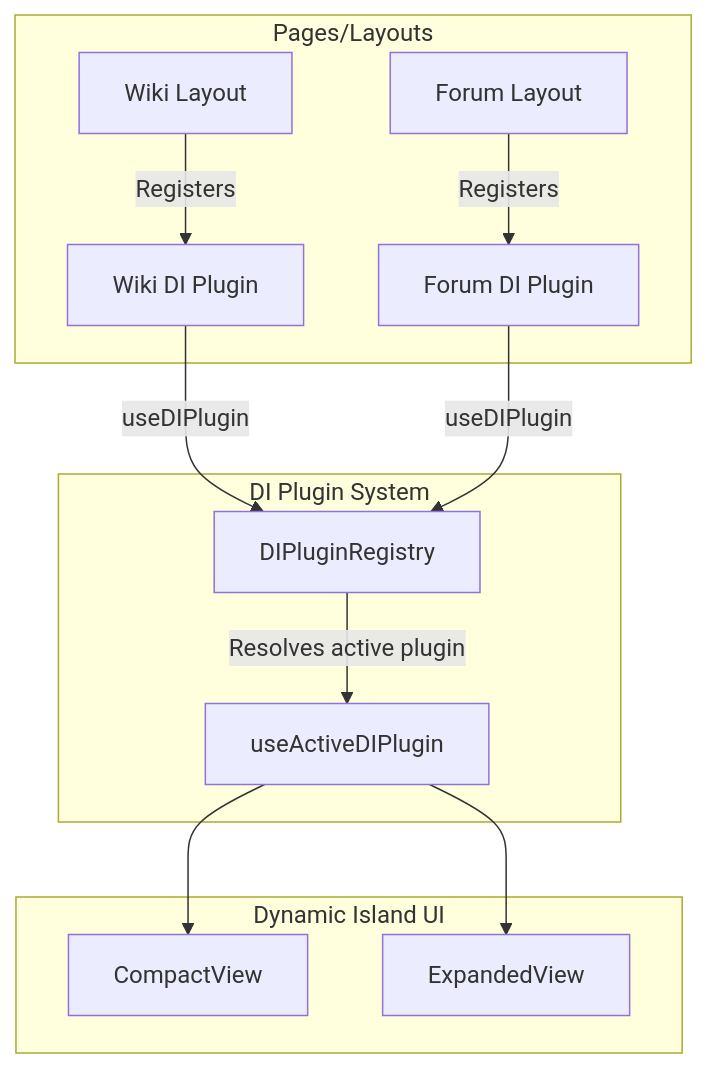
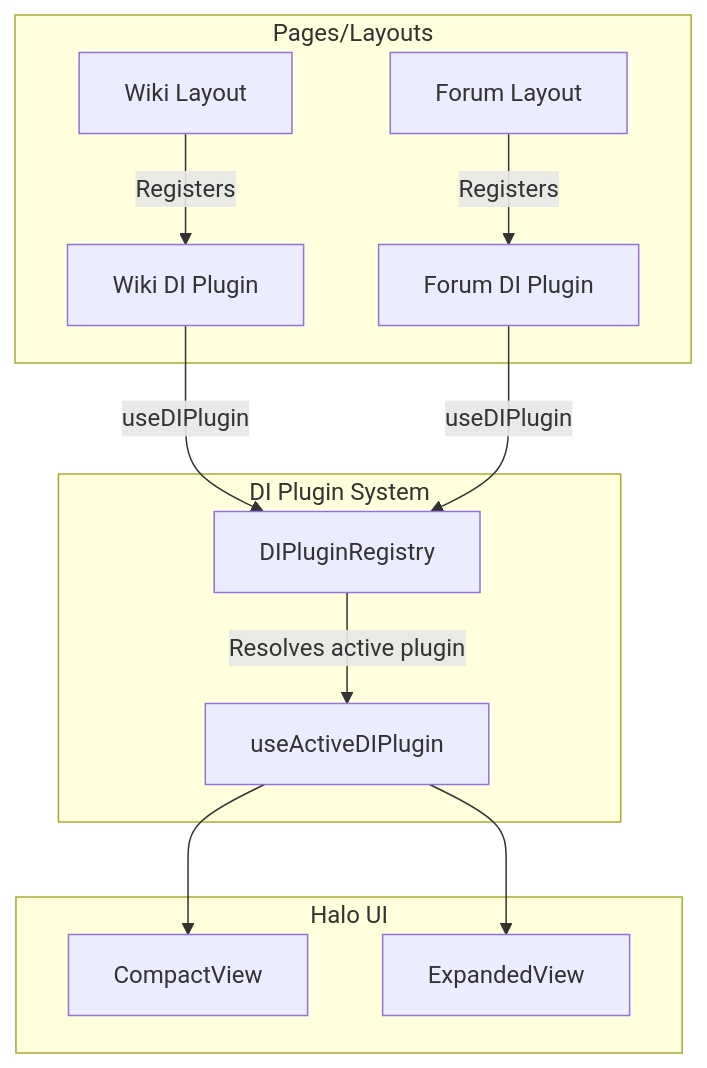
Before and after one commit to algolds/ixstats: the diagram in docs/systems/dynamic-island.md, drawn with Mermaid. The commit also changed other lines of this file and 65 other files, not shown here.

````diff
--- a/docs/systems/dynamic-island.md
+++ b/docs/systems/dynamic-island.md
@@ -13,18 +15,18 @@
 ```mermaid
 graph TD
     subgraph Pages/Layouts
         LayoutA[Wiki Layout] -- Registers --> PluginA[Wiki DI Plugin]
         LayoutB[Forum Layout] -- Registers --> PluginB[Forum DI Plugin]
     end
 
     subgraph DI Plugin System
         PluginA -- useDIPlugin --> Registry[DIPluginRegistry]
         PluginB -- useDIPlugin --> Registry
         Registry -- Resolves active plugin --> ActiveHook[useActiveDIPlugin]
     end
 
-    subgraph Dynamic Island UI
+    subgraph Halo UI
         ActiveHook --> CompactView[CompactView]
         ActiveHook --> ExpandedView[ExpandedView]
     end
 ```
````
